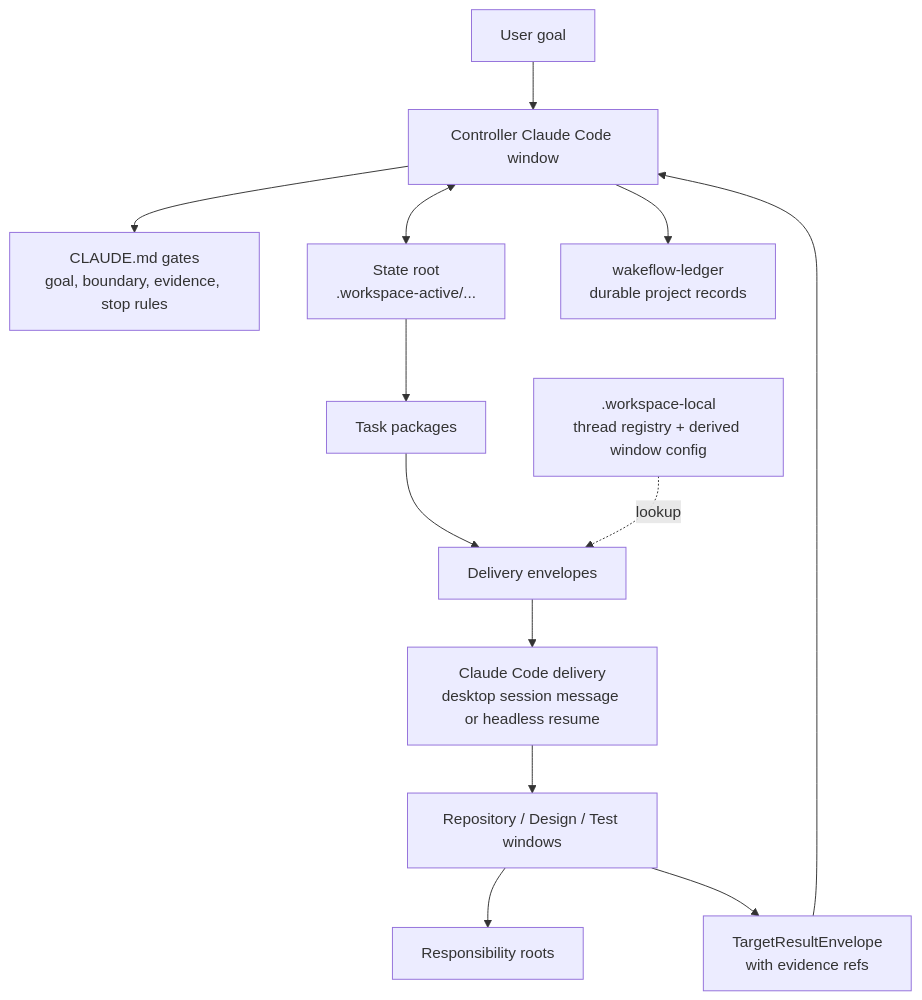
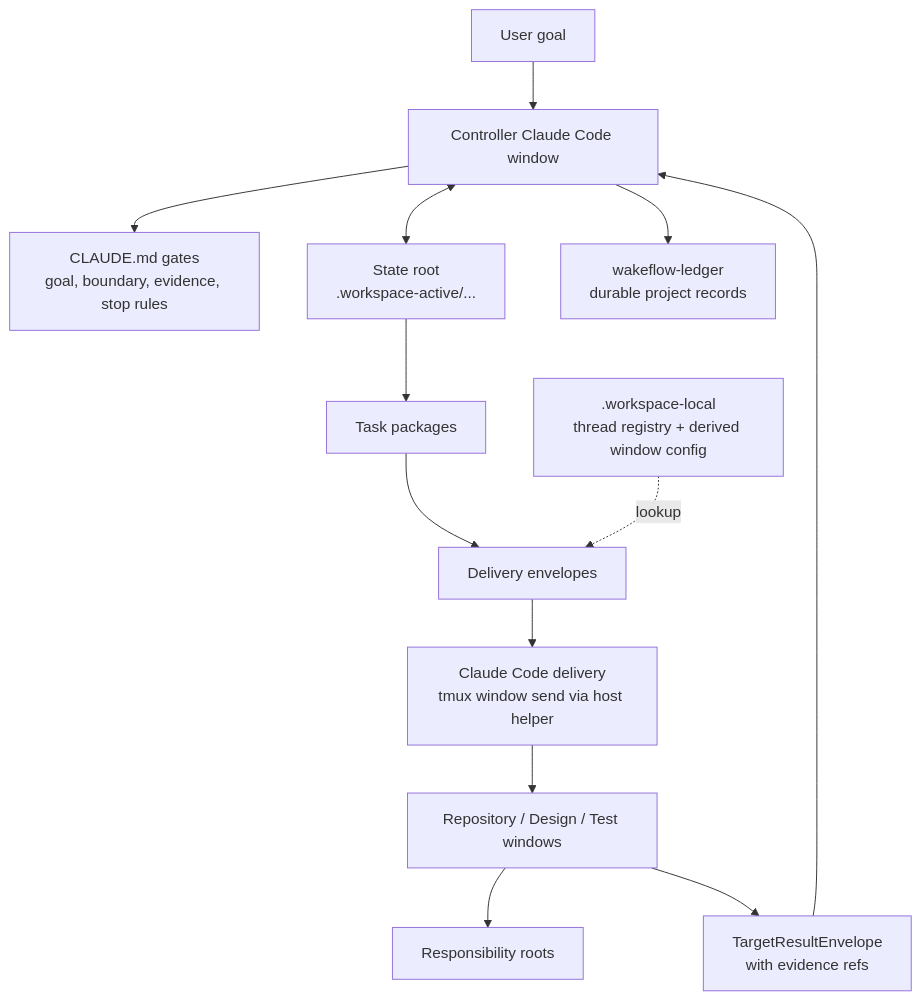
Before and after one commit to GxFn/Wakeflow: the diagram in plugins/claude-code-wakeflow/README.md, drawn with Mermaid. The commit also changed other lines of this file and 50 other files, not shown here.

Commit message:
feat: add claude tmux wakeflow transport

````diff
--- a/plugins/claude-code-wakeflow/README.md
+++ b/plugins/claude-code-wakeflow/README.md
@@ -60,15 +61,15 @@
 ```mermaid
 flowchart TD
   User["User goal"] --> Controller["Controller Claude Code window"]
   Controller --> Gates["CLAUDE.md gates<br/>goal, boundary, evidence, stop rules"]
   Controller <--> StateRoot["State root<br/>.workspace-active/..."]
   StateRoot --> Tasks["Task packages"]
   Tasks --> Delivery["Delivery envelopes"]
   LocalRuntime[".workspace-local<br/>thread registry + derived window config"] -. "lookup" .-> Delivery
-  Delivery --> Host["Claude Code delivery<br/>desktop session message or headless resume"]
+  Delivery --> Host["Claude Code delivery<br/>tmux window send via host helper"]
   Host --> Targets["Repository / Design / Test windows"]
   Targets --> Repos["Responsibility roots"]
   Targets --> Results["TargetResultEnvelope<br/>with evidence refs"]
   Results --> Controller
   Controller --> Ledger["wakeflow-ledger<br/>durable project records"]
 ```
````
